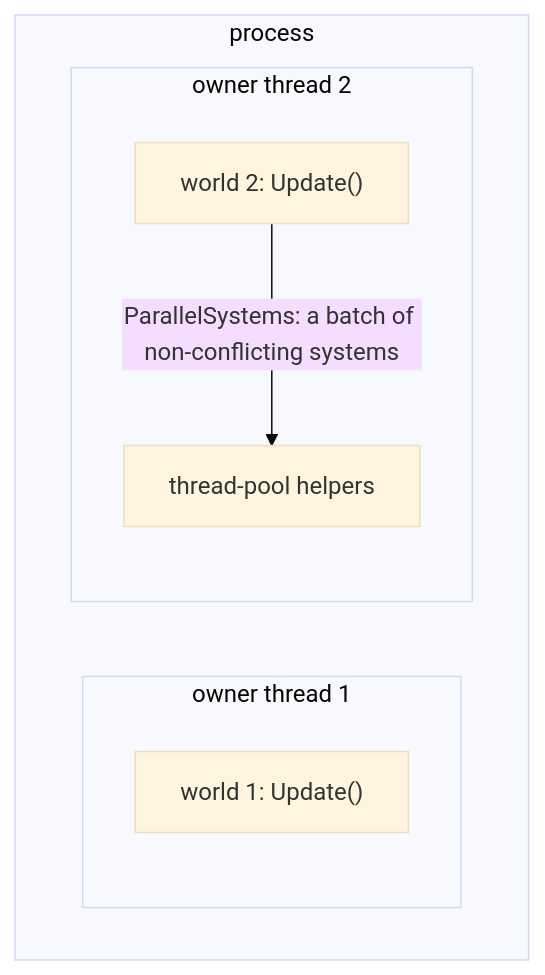
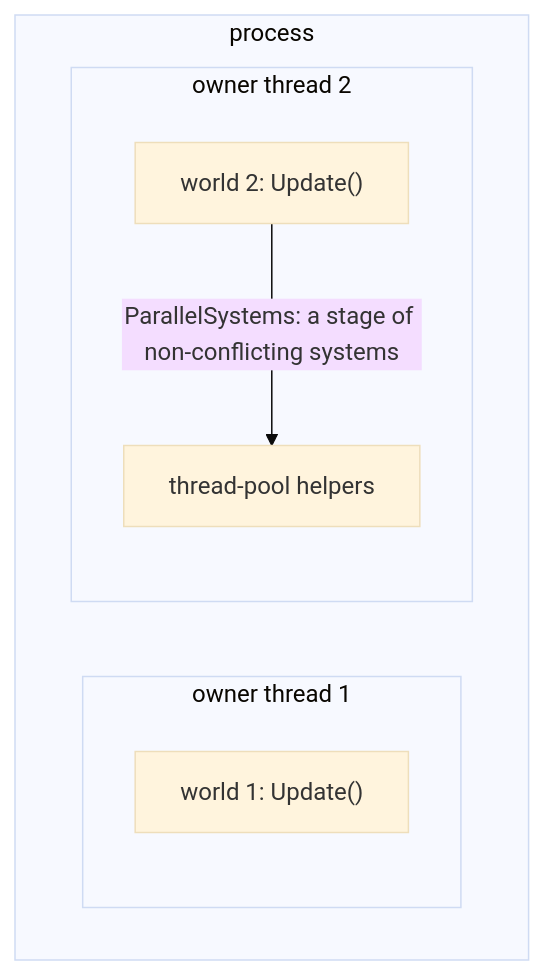
Before and after one commit to JasonXuDeveloper/EasyEcs: the first of 3 diagrams in doc/guide/threading.md, drawn with Mermaid (base theme). The commit also changed other lines of this file and 20 other files, not shown here.

````diff
--- a/doc/guide/threading.md
+++ b/doc/guide/threading.md
@@ -35,11 +35,11 @@
 ```mermaid
 flowchart TB
     subgraph P [process]
         subgraph S1 [owner thread 1]
             U1["world 1: Update()"]
         end
         subgraph S2 [owner thread 2]
-            U2["world 2: Update()"] -->|ParallelSystems: a batch of non-conflicting systems| TP[thread-pool helpers]
+            U2["world 2: Update()"] -->|ParallelSystems: a stage of non-conflicting systems| TP[thread-pool helpers]
         end
     end
 ```
````
